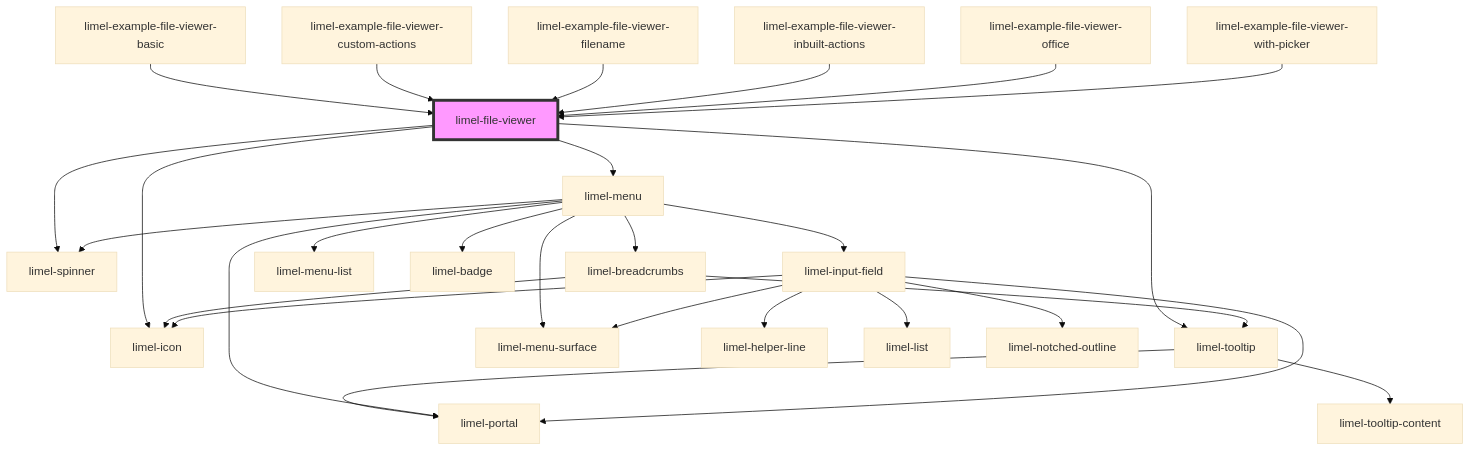
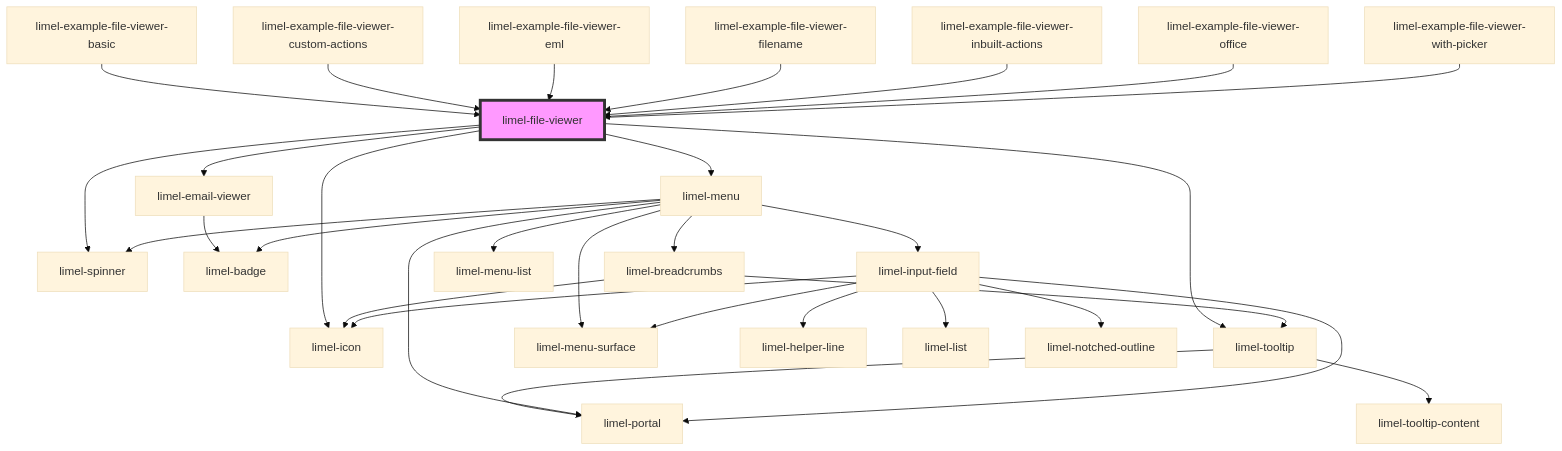
The diagram in versions/PR-3783/markdown-docs/components/file-viewer/readme.md (Lundalogik/lime-elements), drawn with Mermaid (base theme) before and after one commit. The commit also changed other lines of this file and 39 other files, not shown here.

````diff
--- a/versions/PR-3783/markdown-docs/components/file-viewer/readme.md
+++ b/versions/PR-3783/markdown-docs/components/file-viewer/readme.md
@@ -71,31 +73,34 @@
 ```mermaid
 graph TD;
+  limel-file-viewer --> limel-email-viewer
   limel-file-viewer --> limel-icon
   limel-file-viewer --> limel-tooltip
   limel-file-viewer --> limel-menu
   limel-file-viewer --> limel-spinner
+  limel-email-viewer --> limel-badge
   limel-tooltip --> limel-portal
   limel-tooltip --> limel-tooltip-content
   limel-menu --> limel-spinner
   limel-menu --> limel-breadcrumbs
   limel-menu --> limel-input-field
   limel-menu --> limel-menu-list
   limel-menu --> limel-badge
   limel-menu --> limel-portal
   limel-menu --> limel-menu-surface
   limel-breadcrumbs --> limel-icon
   limel-breadcrumbs --> limel-tooltip
   limel-input-field --> limel-helper-line
   limel-input-field --> limel-icon
   limel-input-field --> limel-portal
   limel-input-field --> limel-menu-surface
   limel-input-field --> limel-list
   limel-input-field --> limel-notched-outline
   limel-example-file-viewer-basic --> limel-file-viewer
   limel-example-file-viewer-custom-actions --> limel-file-viewer
+  limel-example-file-viewer-eml --> limel-file-viewer
   limel-example-file-viewer-filename --> limel-file-viewer
   limel-example-file-viewer-inbuilt-actions --> limel-file-viewer
   limel-example-file-viewer-office --> limel-file-viewer
   limel-example-file-viewer-with-picker --> limel-file-viewer
   style limel-file-viewer fill:#f9f,stroke:#333,stroke-width:4px
 ```
````
